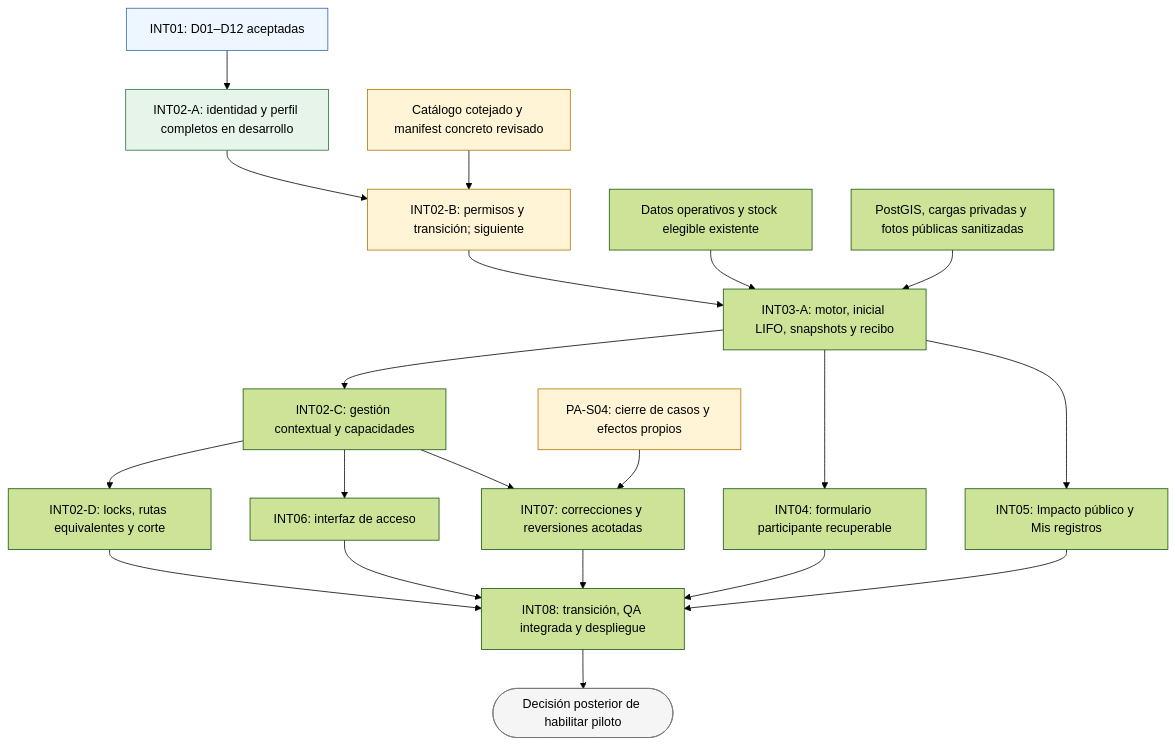
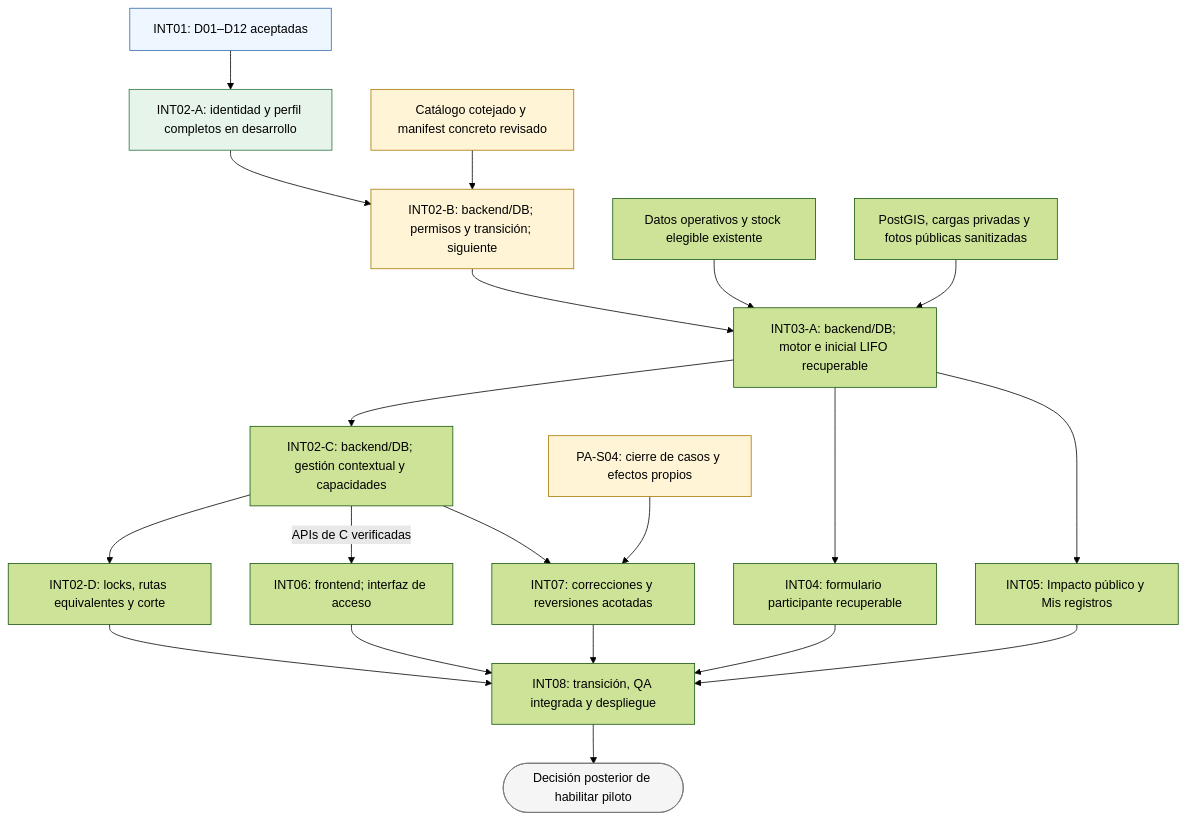
The diagram in specs/plantacion/participacion-aliada/diagramas/PA-D05-dependencias-implementacion.mmd (R3foresta/r3foresta-docs), drawn with Mermaid (forest theme) before and after one commit. The commit also changed 15 other files, not shown here.

Commit message:
docs(participacion): consolidar entrega de permisos y gestión de accesos

```diff
--- a/specs/plantacion/participacion-aliada/diagramas/PA-D05-dependencias-implementacion.mmd
+++ b/specs/plantacion/participacion-aliada/diagramas/PA-D05-dependencias-implementacion.mmd
@@ -1,42 +1,42 @@
 flowchart TB
   design["INT01: D01–D12 aceptadas"]
   identity["INT02-A: identidad y perfil completos en desarrollo"]
   catalog["Catálogo cotejado y manifest concreto revisado"]
-  permissions["INT02-B: permisos y transición; siguiente"]
+  permissions["INT02-B: backend/DB; permisos y transición; siguiente"]
   data["Datos operativos y stock elegible existente"]
   environment["PostGIS, cargas privadas y fotos públicas sanitizadas"]
-  commands["INT03-A: motor, inicial LIFO, snapshots y recibo"]
-  access["INT02-C: gestión contextual y capacidades"]
+  commands["INT03-A: backend/DB; motor e inicial LIFO recuperable"]
+  access["INT02-C: backend/DB; gestión contextual y capacidades"]
   cutover["INT02-D: locks, rutas equivalentes y corte"]
   form["INT04: formulario participante recuperable"]
   impact["INT05: Impacto público y Mis registros"]
-  accessUi["INT06: interfaz de acceso"]
+  accessUi["INT06: frontend; interfaz de acceso"]
   correctionCases["PA-S04: cierre de casos y efectos propios"]
   corrections["INT07: correcciones y reversiones acotadas"]
   verification["INT08: transición, QA integrada y despliegue"]
   pilot(["Decisión posterior de habilitar piloto"])
 
   design --> identity --> permissions
   catalog --> permissions
   permissions --> commands
   data --> commands
   environment --> commands
   commands --> access --> cutover
   commands --> form
   commands --> impact
-  access --> accessUi
+  access -->|"APIs de C verificadas"| accessUi
   access --> corrections
   correctionCases --> corrections
   cutover --> verification
   form --> verification
   impact --> verification
   accessUi --> verification
   corrections --> verification
   verification --> pilot
 
   style design fill:#EEF6FF,stroke:#3267A8
   style identity fill:#E6F4EA,stroke:#26733B
   style permissions fill:#FFF4D6,stroke:#A87700
   style catalog fill:#FFF4D6,stroke:#A87700
   style correctionCases fill:#FFF4D6,stroke:#A87700
   style pilot fill:#F5F5F5,stroke:#777777
```
